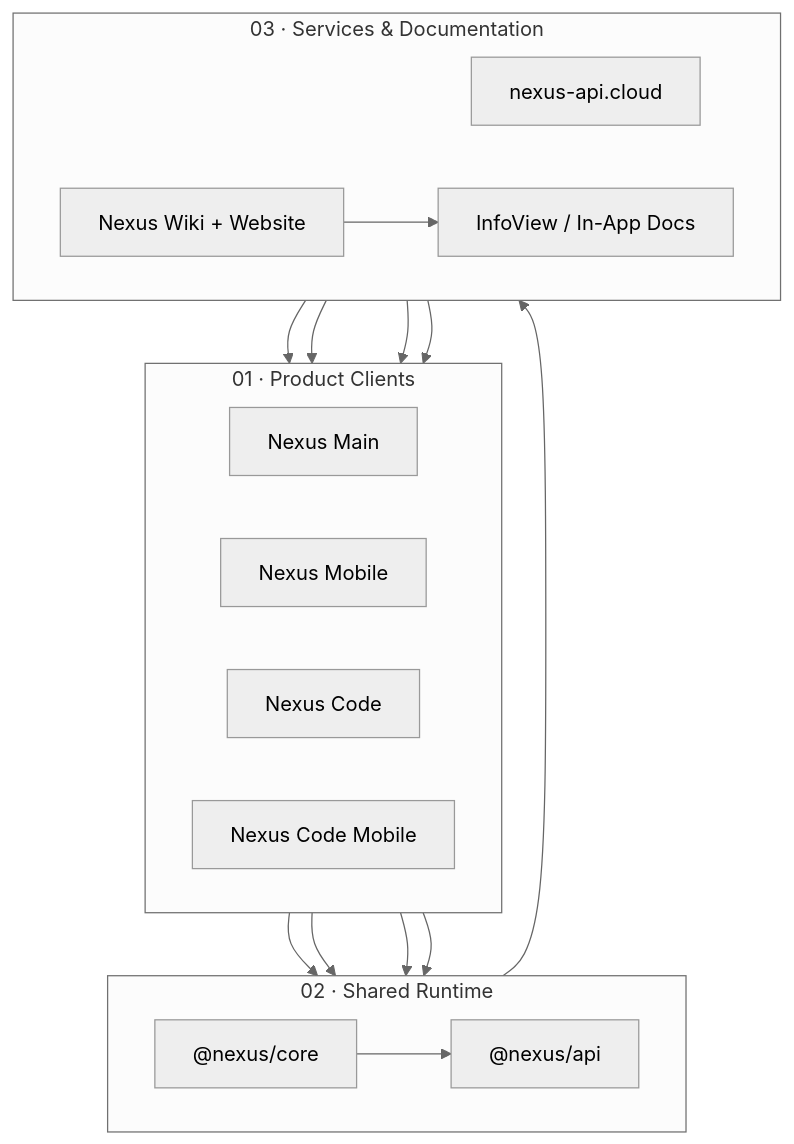
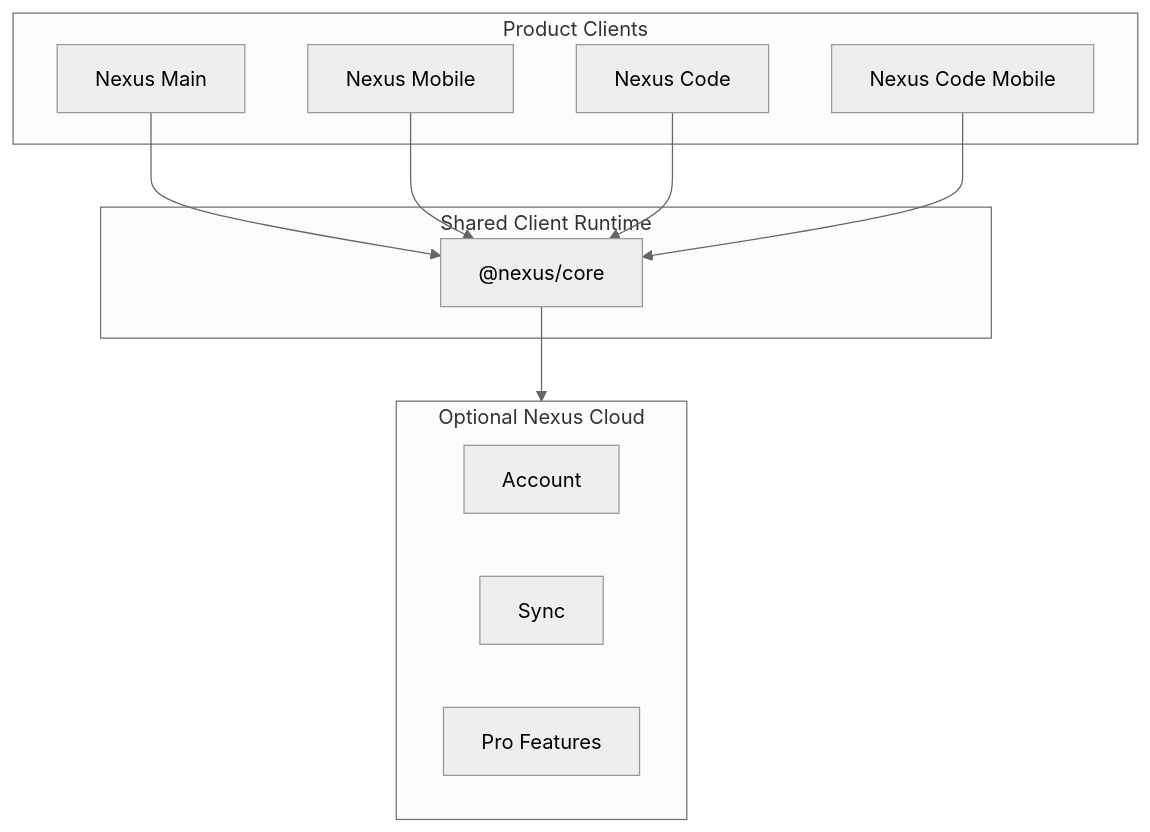
The diagram in README.md (YoungJibbit95/Nexus-Ecosystem), drawn with Mermaid (neutral theme) before and after one commit. The commit also changed other lines of this file and 47 other files, not shown here.

````diff
--- a/README.md
+++ b/README.md
@@ -287,35 +66,25 @@
 ```mermaid
 flowchart TB
-  subgraph CLIENTS["01 · Product Clients"]
-    direction LR
+  subgraph CLIENTS["Product Clients"]
     A["Nexus Main"]
     B["Nexus Mobile"]
     C["Nexus Code"]
     D["Nexus Code Mobile"]
   end
 
-  subgraph RUNTIME["02 · Shared Runtime"]
-    direction LR
+  subgraph RUNTIME["Shared Client Runtime"]
     E["@nexus/core"]
-    F["@nexus/api"]
   end
 
-  subgraph SERVICES["03 · Services & Documentation"]
-    direction LR
-    G["nexus-api.cloud"]
-    H["InfoView / In-App Docs"]
-    I["Nexus Wiki + Website"]
+  subgraph CLOUD["Optional Nexus Cloud"]
+    F["Account"]
+    G["Sync"]
+    H["Pro Features"]
   end
 
   A --> E
   B --> E
   C --> E
   D --> E
-  E --> F
-  F --> G
-  H --> A
-  H --> B
-  H --> C
-  H --> D
-  I --> H
+  E --> CLOUD
 ```
````
